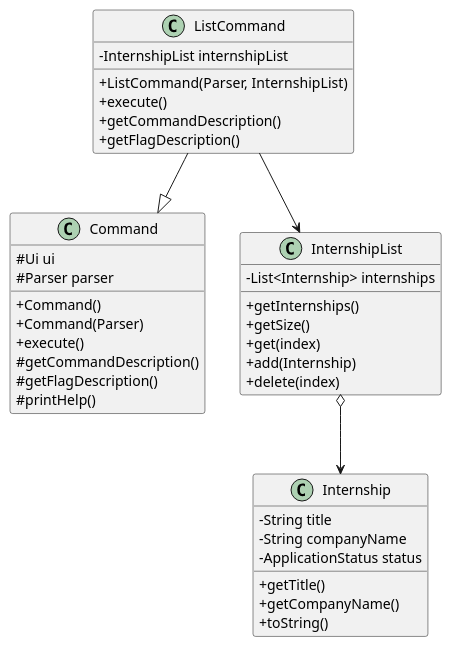
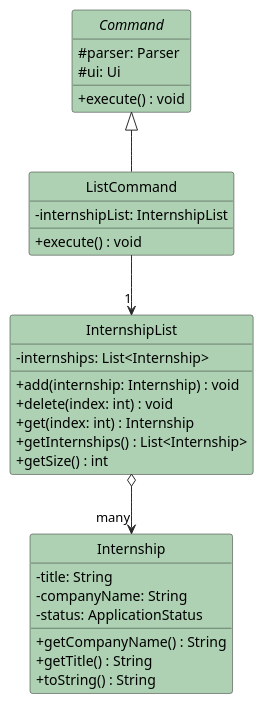
Before and after one commit to Yian123330/tp: the diagram in docs/diagrams/ListCommandClassDiagram.puml, drawn with PlantUML. The commit also changed 7 other files, not shown here.

Commit message:
Updated Class Diagram for List, delete, delete interview and search internship

```diff
--- a/docs/diagrams/ListCommandClassDiagram.puml
+++ b/docs/diagrams/ListCommandClassDiagram.puml
@@ -1,45 +1,42 @@
 @startuml
+hide circle
 skinparam classAttributeIconSize 0
-skinparam shadowing false
+skinparam class {
+    BackgroundColor #ADD1B2
+    ArrowColor #2A2A2A
+    BorderColor #2A2A2A
+}
+
+abstract class Command {
+  # parser: Parser
+  # ui: Ui
+  + execute() : void
+}
 
 class ListCommand {
-    - InternshipList internshipList
-    + ListCommand(Parser, InternshipList)
-    + execute()
-    + getCommandDescription()
-    + getFlagDescription()
-}
-
-class Command {
-    # Ui ui
-    # Parser parser
-    + Command()
-    + Command(Parser)
-    + execute()
-    # getCommandDescription()
-    # getFlagDescription()
-    # printHelp()
+  - internshipList: InternshipList
+  + execute() : void
 }
 
 class InternshipList {
-    - List<Internship> internships
-    + getInternships()
-    + getSize()
-    + get(index)
-    + add(Internship)
-    + delete(index)
+  - internships: List<Internship>
+  + add(internship: Internship) : void
+  + delete(index: int) : void
+  + get(index: int) : Internship
+  + getInternships() : List<Internship>
+  + getSize() : int
 }
 
 class Internship {
-    - String title
-    - String companyName
-    - ApplicationStatus status
-    + getTitle()
-    + getCompanyName()
-    + toString()
+  - title: String
+  - companyName: String
+  - status: ApplicationStatus
+  + getCompanyName() : String
+  + getTitle() : String
+  + toString() : String
 }
 
-ListCommand --|> Command
-ListCommand --> InternshipList
-InternshipList o--> Internship
+Command <|-- ListCommand
+ListCommand --> "1" InternshipList
+InternshipList o--> "many" Internship
 @enduml
```
